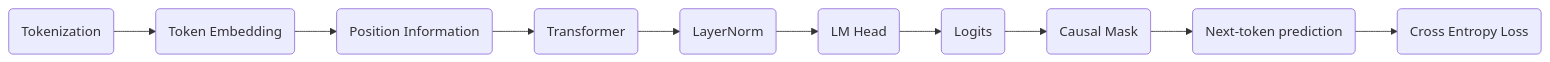
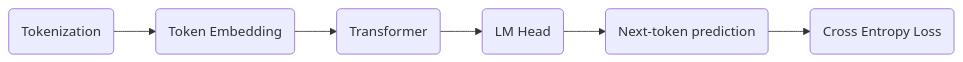
One commit to ChrisZhu2050/chriszhu2050.github.io changed diagram 16 of 17 in index.md. Above: the diagram before and after it, drawn with Mermaid.

````diff
--- a/index.md
+++ b/index.md
@@ -471,4 +471,4 @@
   ```mermaid
         graph LR
-            A("`Tokenization`") --> B("`Token Embedding`")  --> C("`Position Information`")--> D("`Transformer`") --> E("`LayerNorm`") --> F("`LM Head`") --> G("`Logits`") --> J("`Causal Mask`") --> H("`Next-token prediction`") --> I("`Cross Entropy Loss`") 
+            A("`Tokenization`") --> B("`Token Embedding`") --> D("`Transformer`")  --> F("`LM Head`")   --> H("`Next-token prediction`") --> I("`Cross Entropy Loss`") 
   ```
````
